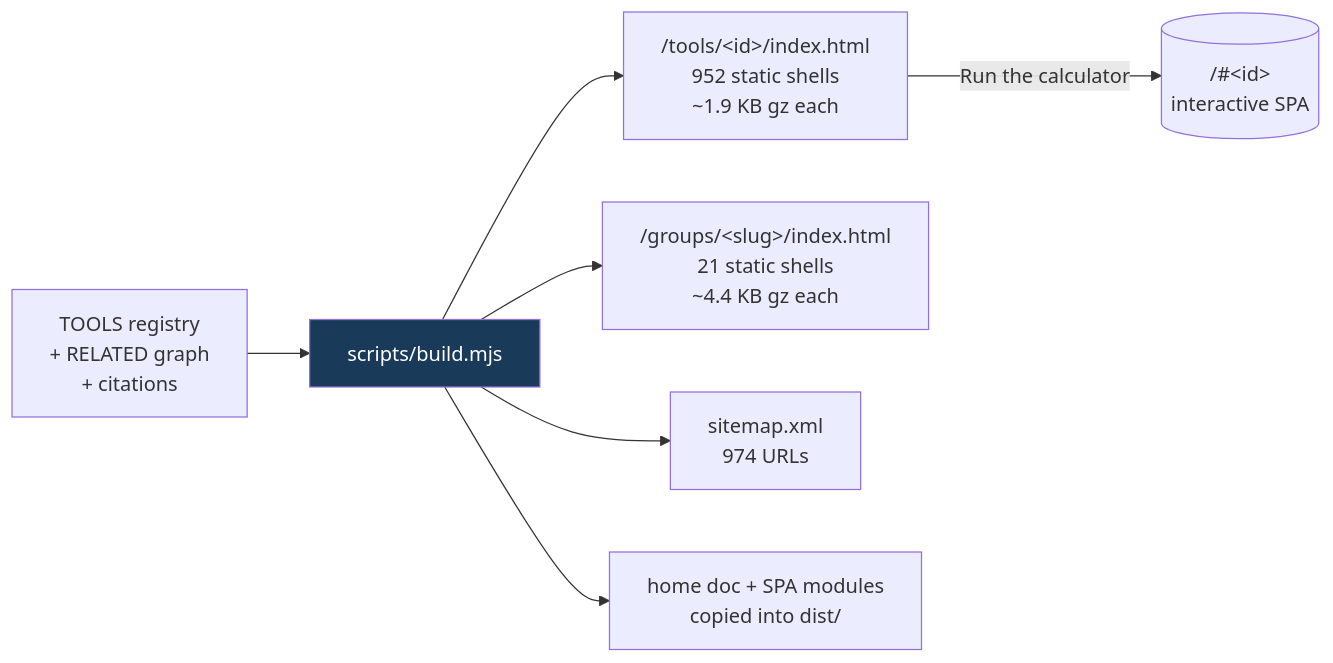
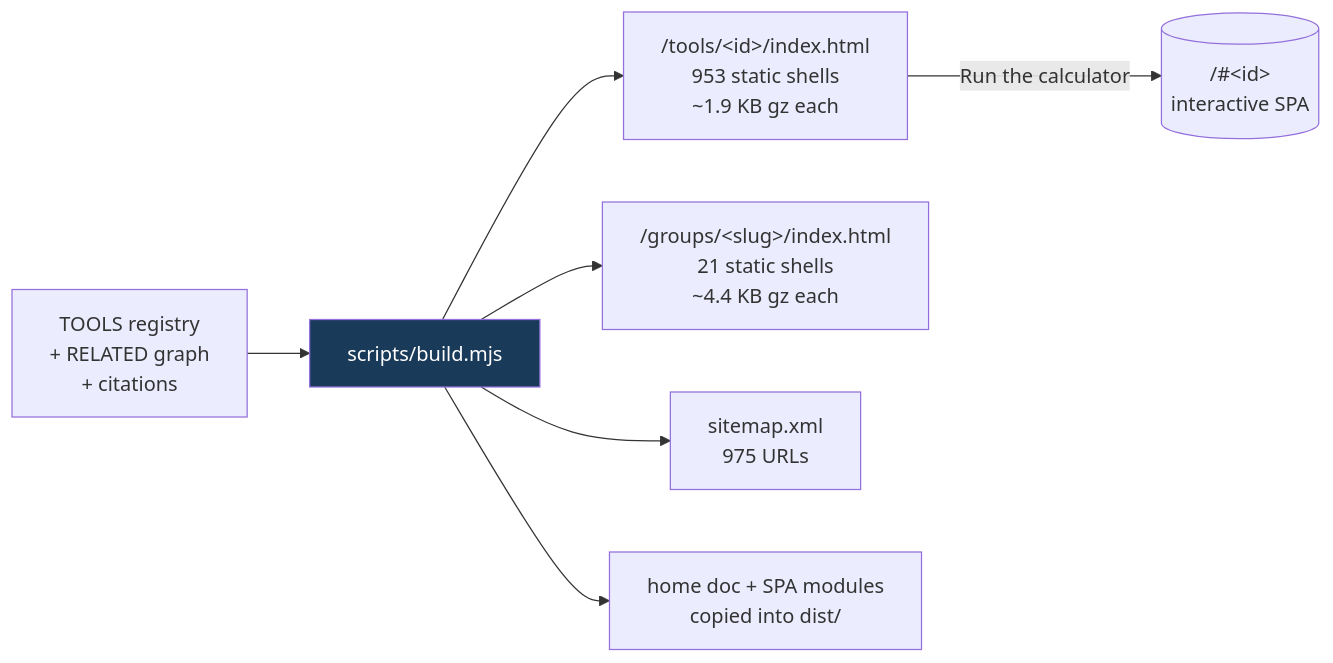
The fifth of 8 diagrams in README.md (clay-good/roughlogic.com), drawn with Mermaid before and after one commit. The commit also changed other lines of this file and 14 other files, not shown here.

````diff
--- a/README.md
+++ b/README.md
@@ -495,10 +495,10 @@
 ```mermaid
 flowchart LR
     SRC[TOOLS registry\n+ RELATED graph\n+ citations] --> BUILD[scripts/build.mjs]
-    BUILD --> TILE["/tools/&lt;id&gt;/index.html\n952 static shells\n~1.9 KB gz each"]
+    BUILD --> TILE["/tools/&lt;id&gt;/index.html\n953 static shells\n~1.9 KB gz each"]
     BUILD --> GROUP["/groups/&lt;slug&gt;/index.html\n21 static shells\n~4.4 KB gz each"]
-    BUILD --> MAP["sitemap.xml\n974 URLs"]
+    BUILD --> MAP["sitemap.xml\n975 URLs"]
     BUILD --> COPY[home doc + SPA modules\ncopied into dist/]
     TILE -->|Run the calculator| SPA[("/#&lt;id&gt;\ninteractive SPA")]
     style BUILD fill:#1a3a5a,color:#fff
 ```
````
